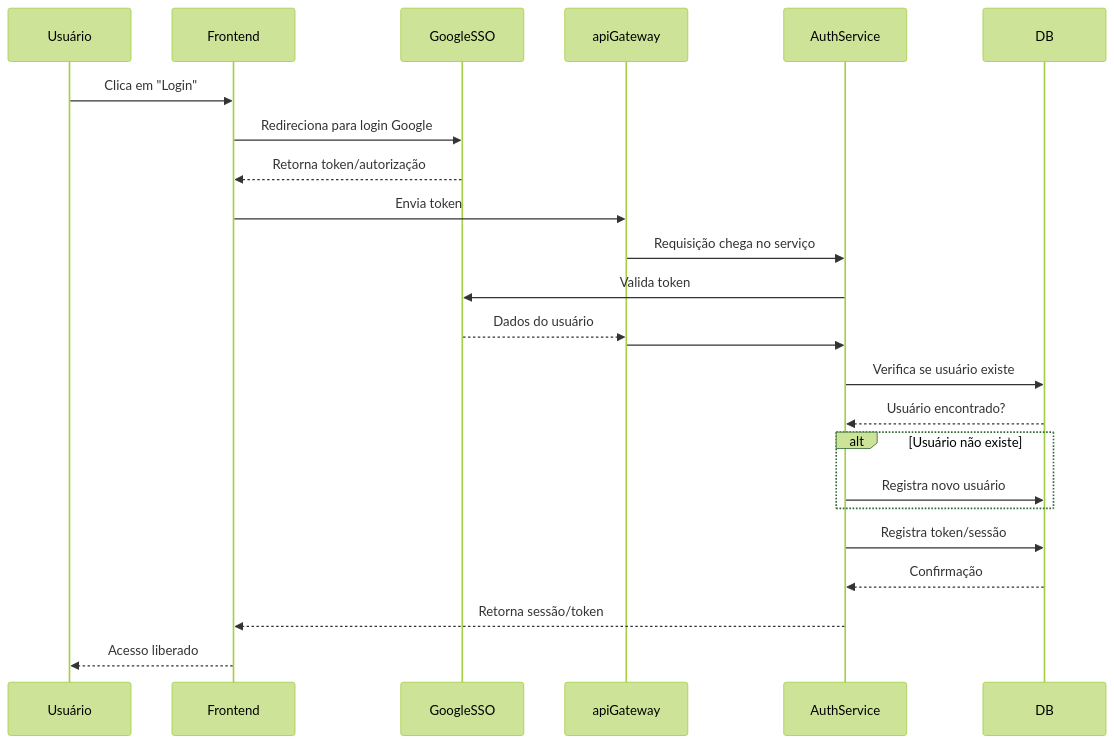
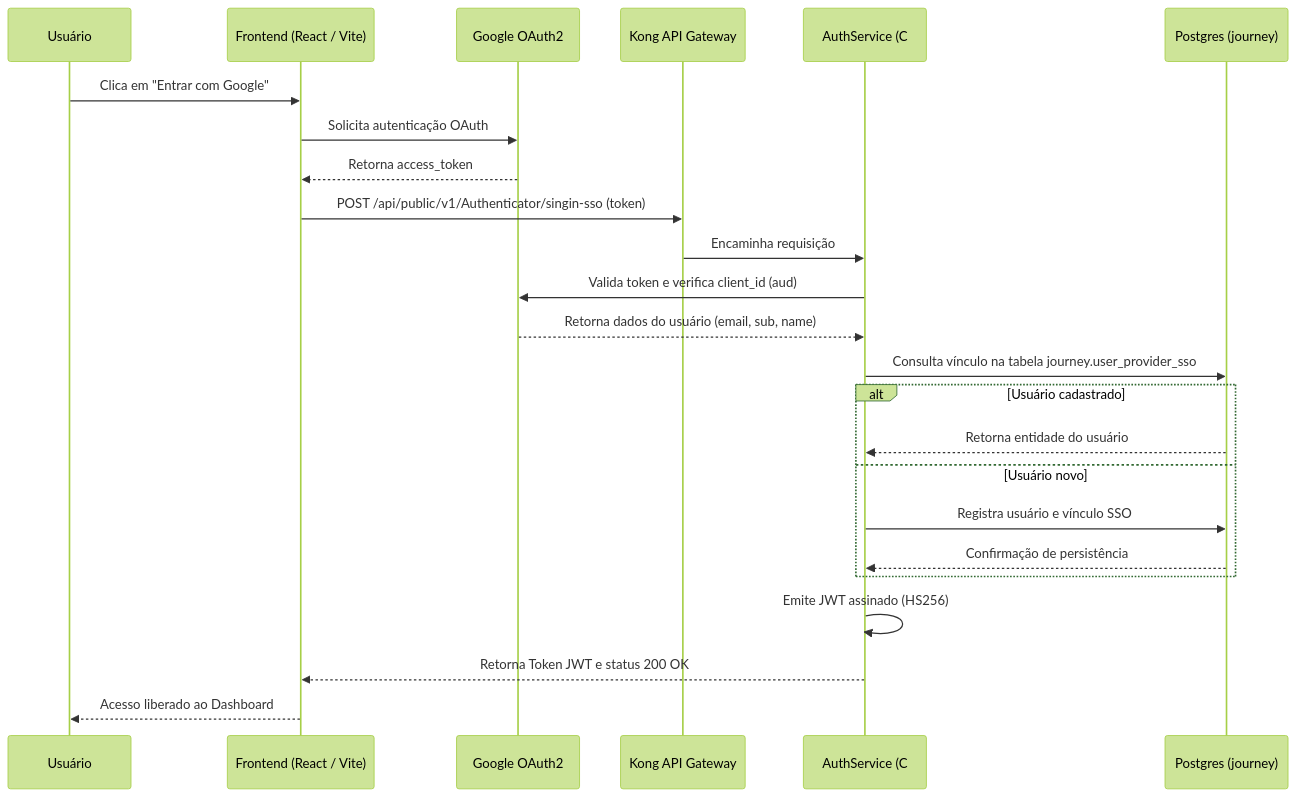
The first of 5 diagrams in docs/config/docs/content/FluxosNegocio/about.md (pedrovtof/Nievo-easy-fin), drawn with Mermaid (forest theme) before and after one commit. The commit also changed other lines of this file and 17 other files, not shown here.

````diff
--- a/docs/config/docs/content/FluxosNegocio/about.md
+++ b/docs/config/docs/content/FluxosNegocio/about.md
@@ -55,27 +56,27 @@
 ```mermaid
 sequenceDiagram
-    participant Usuário
-    participant Frontend
-    participant GoogleSSO
-    participant apiGateway
-    participant AuthService
-    participant DB
+    participant Usuario as Usuário
+    participant Frontend as Frontend (React / Vite)
+    participant GoogleSSO as Google OAuth2
+    participant Kong as Kong API Gateway
+    participant Auth as AuthService (C#)
+    participant DB as Postgres (journey)
 
-    Usuário->>Frontend: Clica em "Login"
-    Frontend->>GoogleSSO: Redireciona para login Google
-    GoogleSSO-->>Frontend: Retorna token/autorização
-    Frontend->>apiGateway: Envia token
-    apiGateway->>AuthService: Requisição chega no serviço
-    AuthService->>GoogleSSO: Valida token
-    GoogleSSO-->>apiGateway: Dados do usuário
-    apiGateway->>AuthService: 
-    AuthService->>DB: Verifica se usuário existe
-    DB-->>AuthService: Usuário encontrado?
-    alt Usuário não existe
-        AuthService->>DB: Registra novo usuário
+    Usuario->>Frontend: Clica em "Entrar com Google"
+    Frontend->>GoogleSSO: Solicita autenticação OAuth
+    GoogleSSO-->>Frontend: Retorna access_token
+    Frontend->>Kong: POST /api/public/v1/Authenticator/singin-sso (token)
+    Kong->>Auth: Encaminha requisição
+    Auth->>GoogleSSO: Valida token e verifica client_id (aud)
+    GoogleSSO-->>Auth: Retorna dados do usuário (email, sub, name)
+    Auth->>DB: Consulta vínculo na tabela journey.user_provider_sso
+    alt Usuário cadastrado
+        DB-->>Auth: Retorna entidade do usuário
+    else Usuário novo
+        Auth->>DB: Registra usuário e vínculo SSO
+        DB-->>Auth: Confirmação de persistência
     end
-    AuthService->>DB: Registra token/sessão
-    DB-->>AuthService: Confirmação
-    AuthService-->>Frontend: Retorna sessão/token
-    Frontend-->>Usuário: Acesso liberado
+    Auth->>Auth: Emite JWT assinado (HS256)
+    Auth-->>Frontend: Retorna Token JWT e status 200 OK
+    Frontend-->>Usuario: Acesso liberado ao Dashboard
 ```
````
